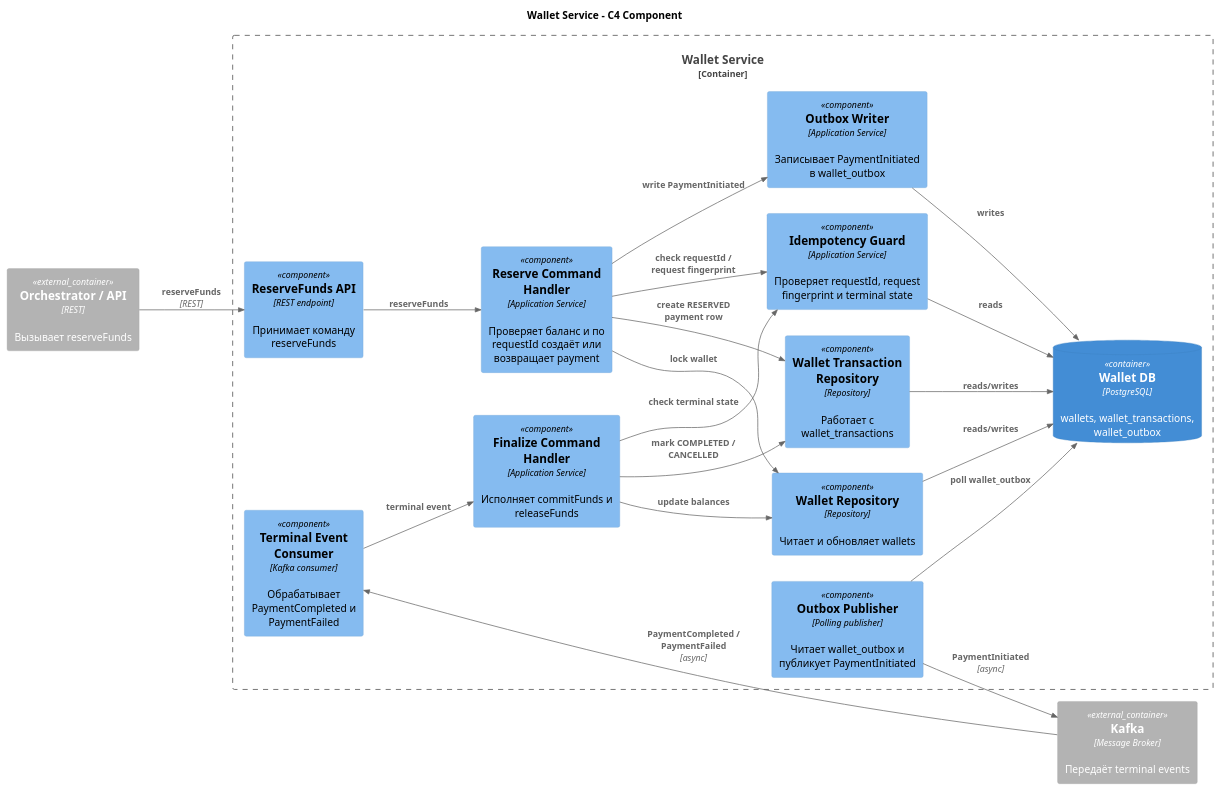
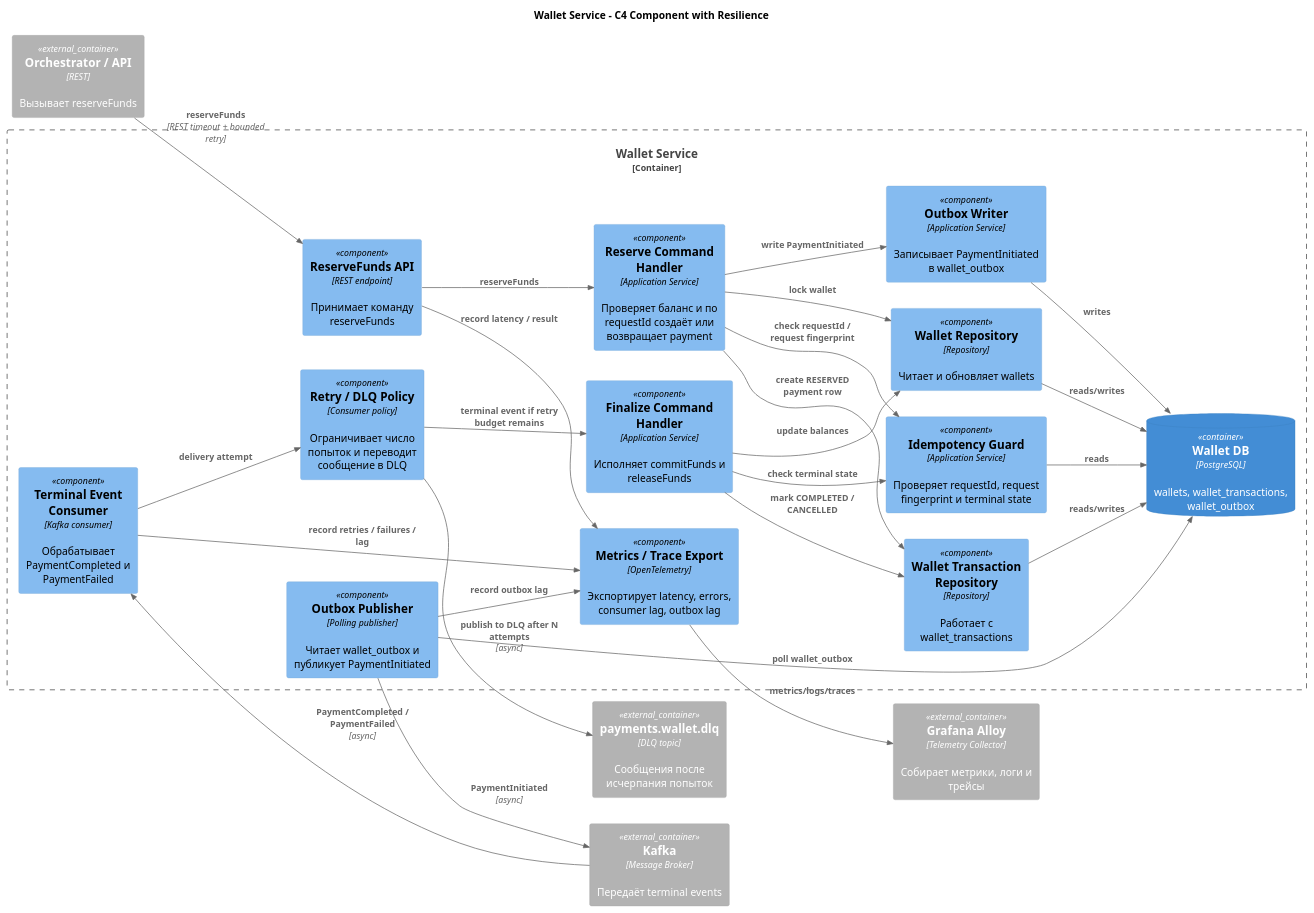
One commit to ZobovPA/sdia changed the diagram in system-design/architecture/diagrams/wallet-components.puml. Above: the diagram before and after it, drawn with PlantUML. The commit also changed 9 other files, not shown here.

```diff
--- a/system-design/architecture/diagrams/wallet-components.puml
+++ b/system-design/architecture/diagrams/wallet-components.puml
@@ -1,43 +1,54 @@
 @startuml
 !include https://raw.githubusercontent.com/plantuml-stdlib/C4-PlantUML/master/C4_Component.puml
 LAYOUT_LEFT_RIGHT()
 
-title Wallet Service - C4 Component
+title Wallet Service - C4 Component with Resilience
 
 Container_Ext(orchestrator, "Orchestrator / API", "REST", "Вызывает reserveFunds")
 Container_Ext(kafka, "Kafka", "Message Broker", "Передаёт terminal events")
+Container_Ext(dlqTopic, "payments.wallet.dlq", "DLQ topic", "Сообщения после исчерпания попыток")
+Container_Ext(alloy, "Grafana Alloy", "Telemetry Collector", "Собирает метрики, логи и трейсы")
 
 Container_Boundary(walletBoundary, "Wallet Service") {
   Component(reserveApi, "ReserveFunds API", "REST endpoint", "Принимает команду reserveFunds")
   Component(reserveHandler, "Reserve Command Handler", "Application Service", "Проверяет баланс и по requestId создаёт или возвращает payment")
   Component(terminalConsumer, "Terminal Event Consumer", "Kafka consumer", "Обрабатывает PaymentCompleted и PaymentFailed")
+  Component(retryGuard, "Retry / DLQ Policy", "Consumer policy", "Ограничивает число попыток и переводит сообщение в DLQ")
   Component(finalizeHandler, "Finalize Command Handler", "Application Service", "Исполняет commitFunds и releaseFunds")
   Component(walletIdempotency, "Idempotency Guard", "Application Service", "Проверяет requestId, request fingerprint и terminal state")
   Component(walletRepo, "Wallet Repository", "Repository", "Читает и обновляет wallets")
   Component(txRepo, "Wallet Transaction Repository", "Repository", "Работает с wallet_transactions")
   Component(outboxWriter, "Outbox Writer", "Application Service", "Записывает PaymentInitiated в wallet_outbox")
   Component(outboxPublisher, "Outbox Publisher", "Polling publisher", "Читает wallet_outbox и публикует PaymentInitiated")
+  Component(metrics, "Metrics / Trace Export", "OpenTelemetry", "Экспортирует latency, errors, consumer lag, outbox lag")
   ContainerDb(walletDb, "Wallet DB", "PostgreSQL", "wallets, wallet_transactions, wallet_outbox")
 }
 
-Rel(orchestrator, reserveApi, "reserveFunds", "REST")
+Rel(orchestrator, reserveApi, "reserveFunds", "REST timeout + bounded retry")
 Rel(reserveApi, reserveHandler, "reserveFunds")
 Rel(reserveHandler, walletIdempotency, "check requestId / request fingerprint")
 Rel(reserveHandler, walletRepo, "lock wallet")
 Rel(reserveHandler, txRepo, "create RESERVED payment row")
 Rel(reserveHandler, outboxWriter, "write PaymentInitiated")
 
 Rel(kafka, terminalConsumer, "PaymentCompleted / PaymentFailed", "async")
-Rel(terminalConsumer, finalizeHandler, "terminal event")
+Rel(terminalConsumer, retryGuard, "delivery attempt")
+Rel(retryGuard, finalizeHandler, "terminal event if retry budget remains")
+Rel(retryGuard, dlqTopic, "publish to DLQ after N attempts", "async")
 Rel(finalizeHandler, walletIdempotency, "check terminal state")
 Rel(finalizeHandler, walletRepo, "update balances")
 Rel(finalizeHandler, txRepo, "mark COMPLETED / CANCELLED")
 
 Rel(walletIdempotency, walletDb, "reads")
 Rel(walletRepo, walletDb, "reads/writes")
 Rel(txRepo, walletDb, "reads/writes")
 Rel(outboxWriter, walletDb, "writes")
 Rel(outboxPublisher, walletDb, "poll wallet_outbox")
 Rel(outboxPublisher, kafka, "PaymentInitiated", "async")
 
+Rel(reserveApi, metrics, "record latency / result")
+Rel(terminalConsumer, metrics, "record retries / failures / lag")
+Rel(outboxPublisher, metrics, "record outbox lag")
+Rel(metrics, alloy, "metrics/logs/traces")
+
 @enduml
```
